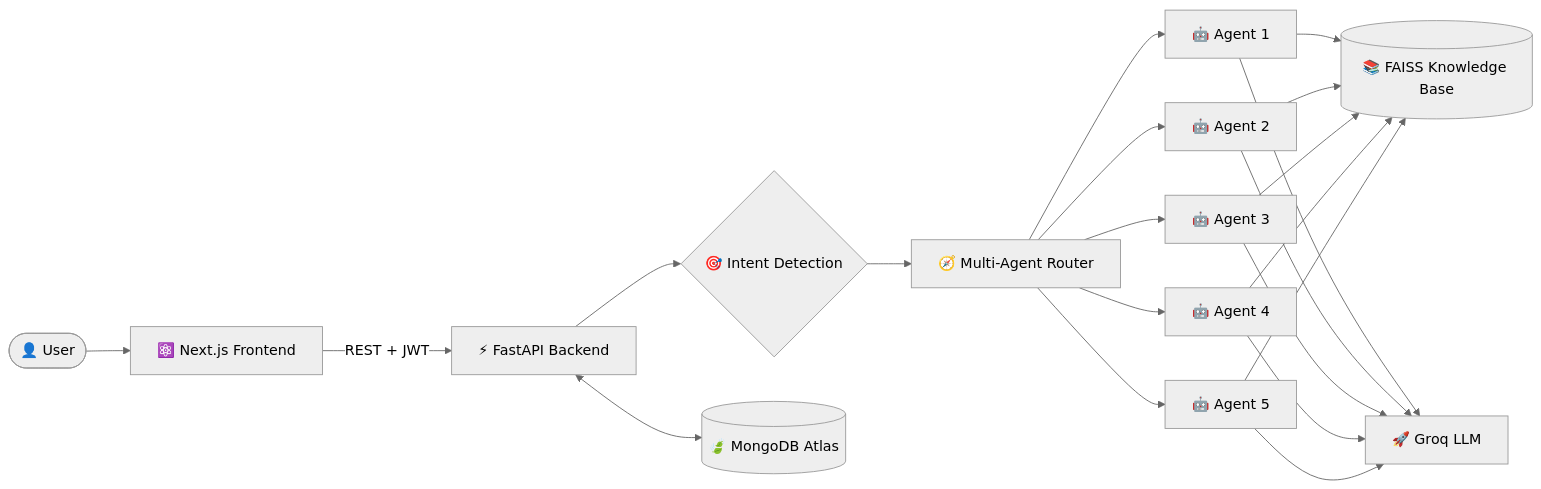
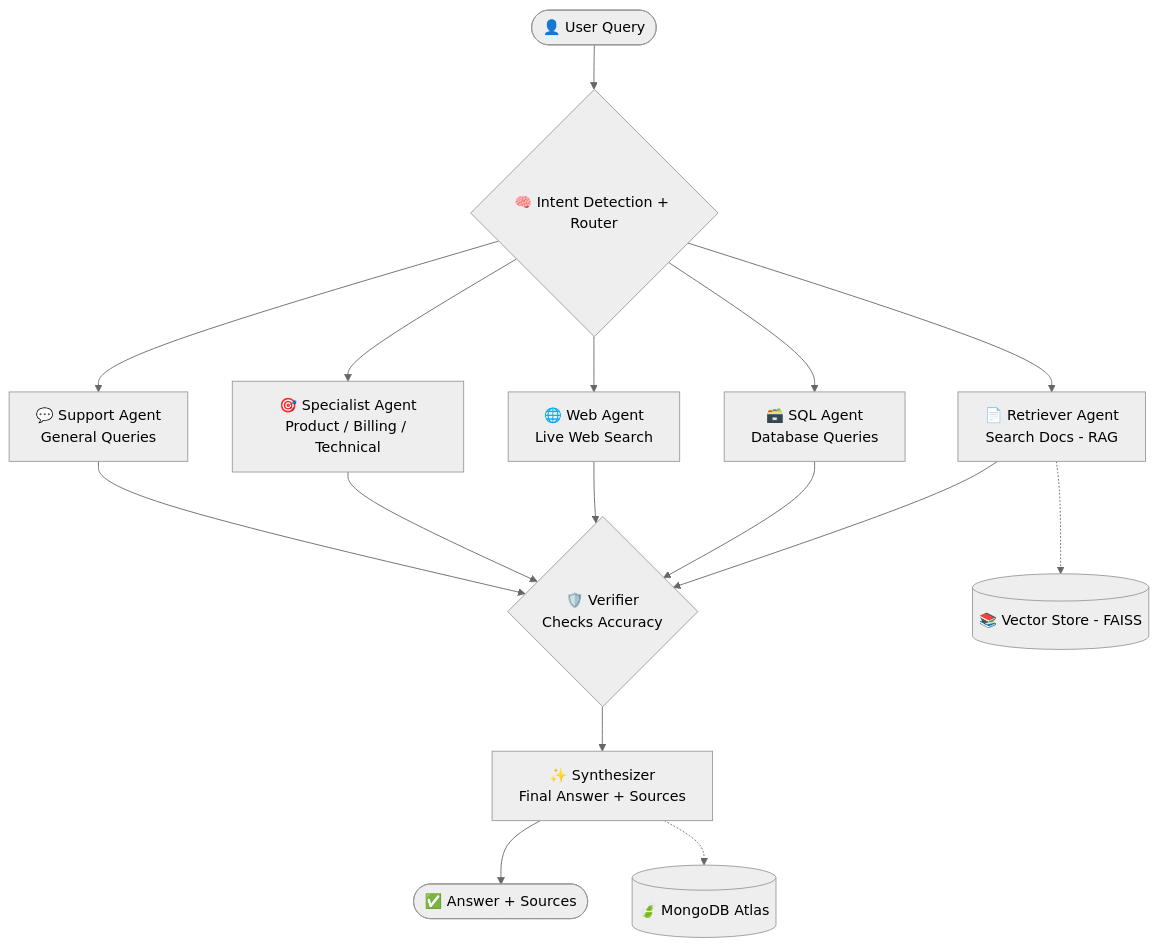
One commit to D0027/customer-support-ai changed the diagram in README.md. Above: the diagram before and after it, drawn with Mermaid (neutral theme). The commit also changed other lines of this file, not shown here.

````diff
--- a/README.md
+++ b/README.md
@@ -81,15 +91,18 @@
 ```mermaid
-flowchart LR
-    U([👤 User]) --> F[⚛️ Next.js Frontend]
-    F -->|REST + JWT| B[⚡ FastAPI Backend]
-    B --> I{🎯 Intent Detection}
-    I --> R[🧭 Multi-Agent Router]
-    R --> A1[🤖 Agent 1]
-    R --> A2[🤖 Agent 2]
-    R --> A3[🤖 Agent 3]
-    R --> A4[🤖 Agent 4]
-    R --> A5[🤖 Agent 5]
-    A1 & A2 & A3 & A4 & A5 --> K[(📚 FAISS Knowledge Base)]
-    A1 & A2 & A3 & A4 & A5 --> L[🚀 Groq LLM]
-    B <--> M[(🍃 MongoDB Atlas)]
+flowchart TD
+    Q([👤 User Query]) --> I{🧠 Intent Detection + Router}
+    I --> R[📄 Retriever Agent<br/>Search Docs - RAG]
+    I --> S[🗃️ SQL Agent<br/>Database Queries]
+    I --> W[🌐 Web Agent<br/>Live Web Search]
+    I --> P[🎯 Specialist Agent<br/>Product / Billing / Technical]
+    I --> G[💬 Support Agent<br/>General Queries]
+    R --> V{🛡️ Verifier<br/>Checks Accuracy}
+    S --> V
+    W --> V
+    P --> V
+    G --> V
+    V --> Y[✨ Synthesizer<br/>Final Answer + Sources]
+    Y --> A([✅ Answer + Sources])
+    R -.-> K[(📚 Vector Store - FAISS)]
+    Y -.-> M[(🍃 MongoDB Atlas)]
 ```
````
